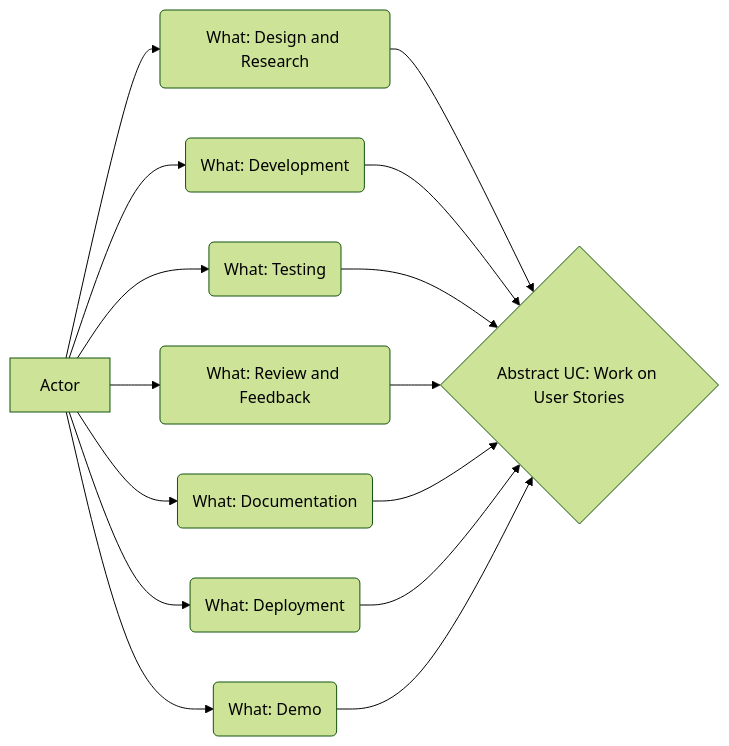
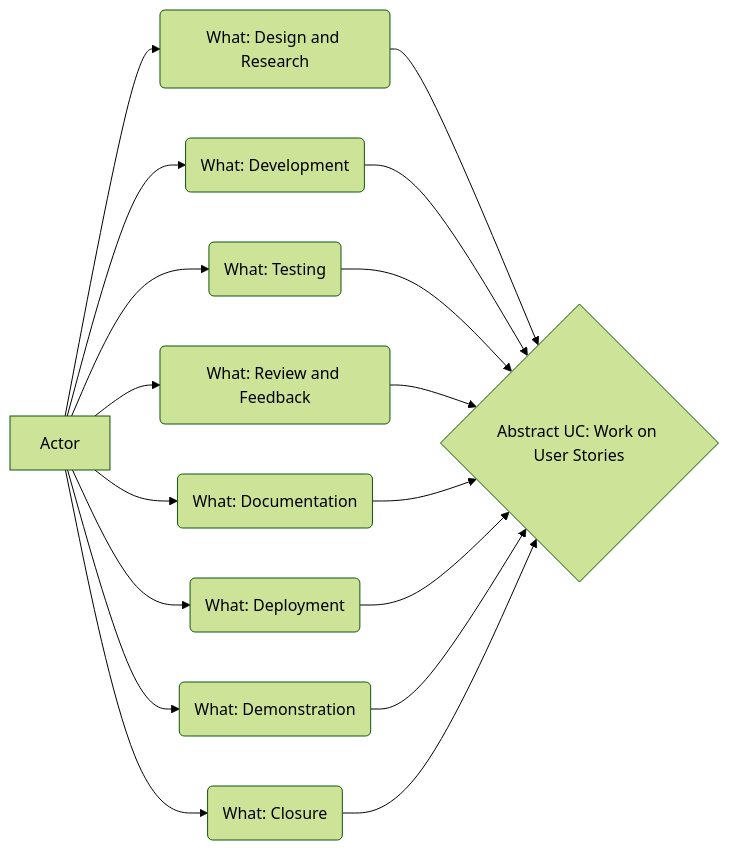
One commit to vanHeemstraSystems/industriousness changed the diagram in 300/300/700/100/README.md. Above: the diagram before and after it, drawn with Mermaid (forest theme). The commit also changed other lines of this file, not shown here.

````diff
--- a/300/300/700/100/README.md
+++ b/300/300/700/100/README.md
@@ -9,17 +9,19 @@
 ```mermaid
 flowchart LR
   A[Actor] --> B(What: Design and Research)
   A[Actor] --> C(What: Development)
   A[Actor] --> D(What: Testing)
   A[Actor] --> E(What: Review and Feedback)
   A[Actor] --> F(What: Documentation)
   A[Actor] --> G(What: Deployment)
-  A[Actor] --> H(What: Demo)
-  B --> I{Abstract UC: Work on User Stories}
-  C --> I{Abstract UC: Work on User Stories}
-  D --> I{Abstract UC: Work on User Stories}
-  E --> I{Abstract UC: Work on User Stories}
-  F --> I{Abstract UC: Work on User Stories}
-  G --> I{Abstract UC: Work on User Stories}
-  H --> I{Abstract UC: Work on User Stories}
+  A[Actor] --> H(What: Demonstration)
+  A[Actor] --> I(What: Closure)
+  B --> J{Abstract UC: Work on User Stories}
+  C --> J{Abstract UC: Work on User Stories}
+  D --> J{Abstract UC: Work on User Stories}
+  E --> J{Abstract UC: Work on User Stories}
+  F --> J{Abstract UC: Work on User Stories}
+  G --> J{Abstract UC: Work on User Stories}
+  H --> J{Abstract UC: Work on User Stories}
+  I --> J{Abstract UC: Work on User Stories}
 ```
````
